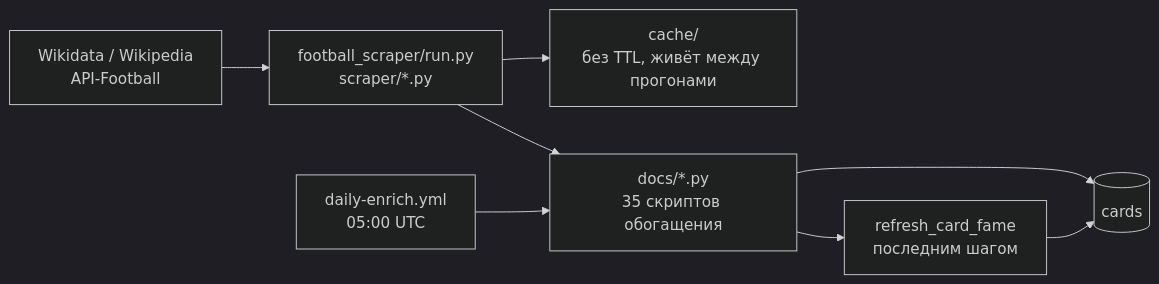
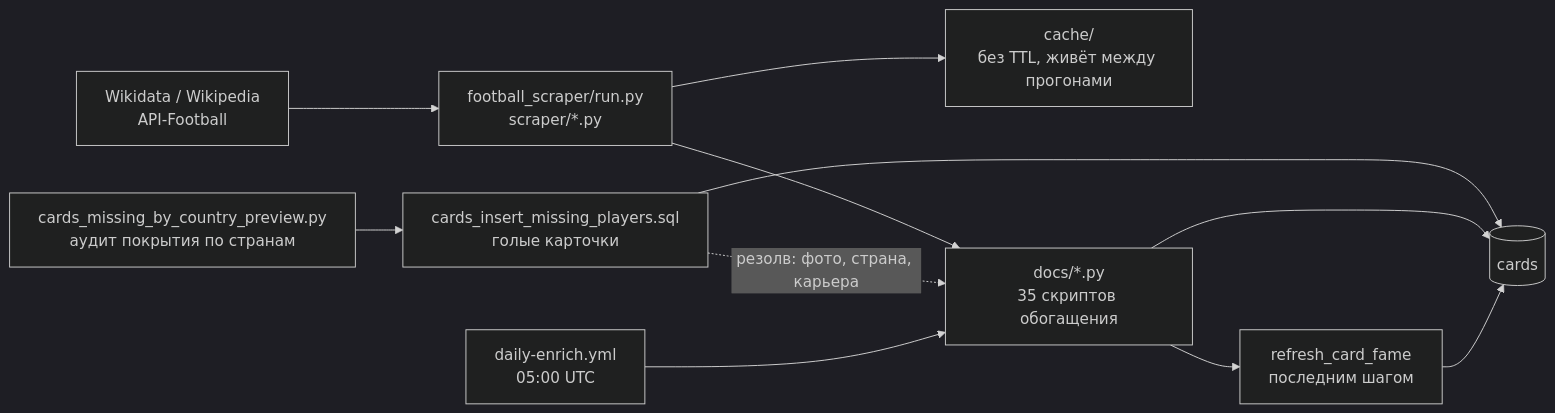
The fourth of 4 diagrams in docs/MAP.md (Aloews/sherlock-scholes-), drawn with Mermaid (dark theme) before and after one commit. The commit also changed other lines of this file and 3 other files, not shown here.

````diff
--- a/docs/MAP.md
+++ b/docs/MAP.md
@@ -196,10 +196,13 @@
 ```mermaid
 flowchart LR
   W["Wikidata / Wikipedia<br/>API-Football"] --> R["football_scraper/run.py<br/>scraper/*.py"]
   R --> C["cache/<br/>без TTL, живёт между прогонами"]
   R --> D["docs/*.py<br/>35 скриптов обогащения"]
+  WD["cards_missing_by_country_preview.py<br/>аудит покрытия по странам"] --> IN["cards_insert_missing_players.sql<br/>голые карточки"]
+  IN --> SB
+  IN -.->|"резолв: фото, страна, карьера"| D
   D --> SB[("cards")]
   GH["daily-enrich.yml<br/>05:00 UTC"] --> D
   D --> RF["refresh_card_fame<br/>последним шагом"]
   RF --> SB
 ```
````
